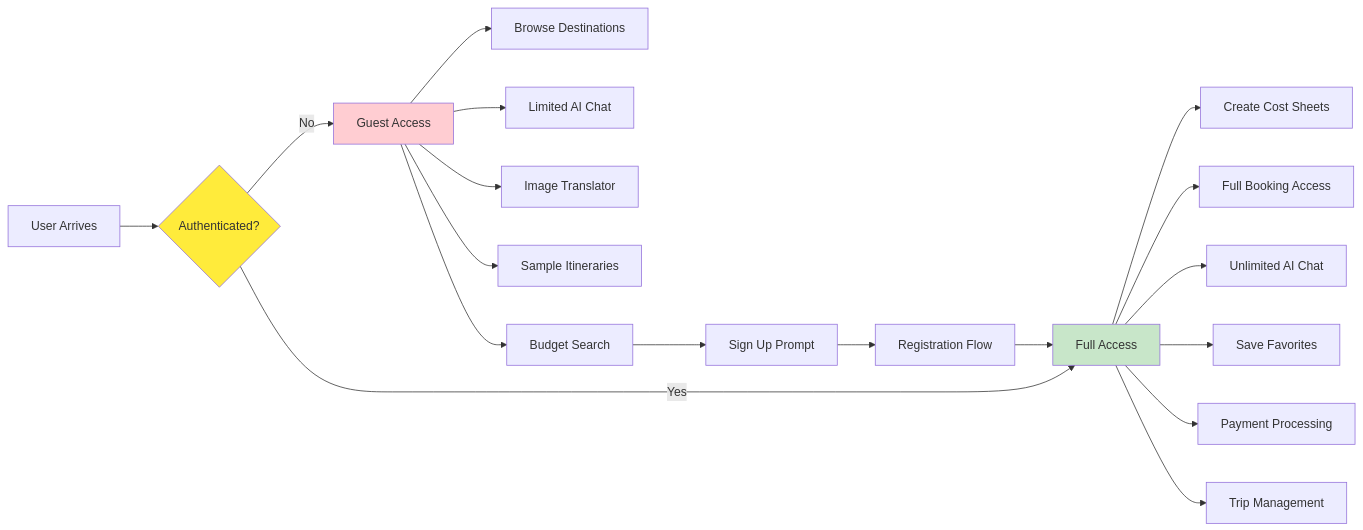
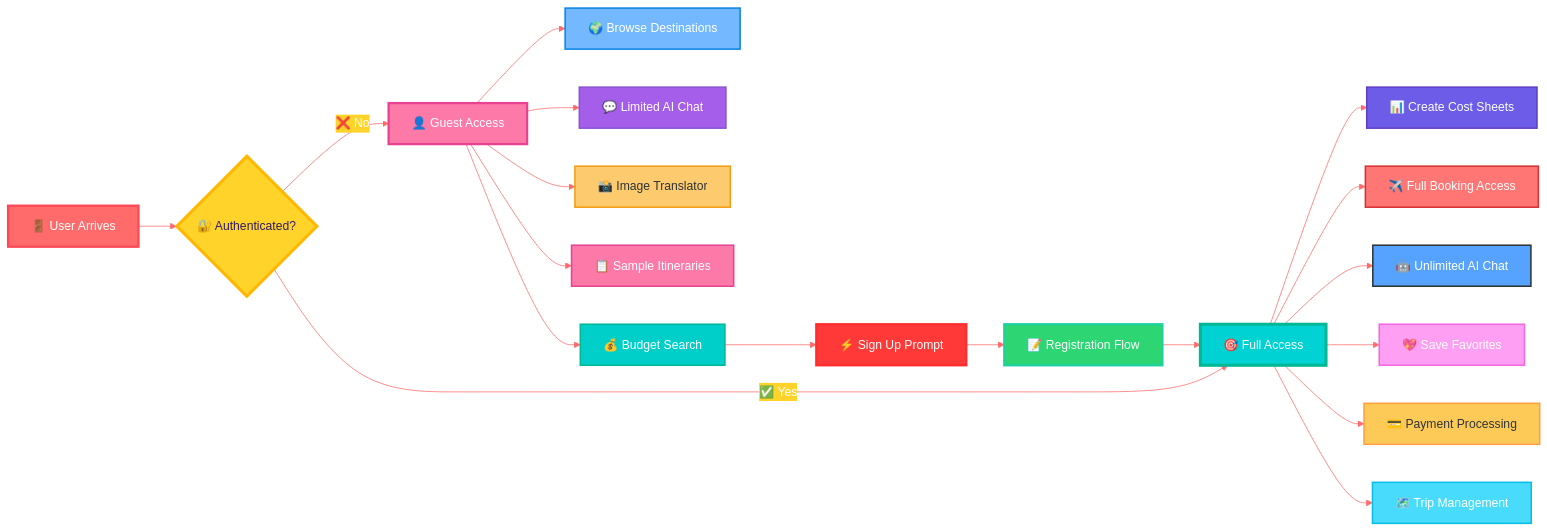
One commit to shihabsararrafid/budget-travel changed the second of 15 diagrams in budget-travel/MERMAID_UI_UX_FLOWS.md. Above: the diagram before and after it, drawn with Mermaid. The commit also changed other lines of this file, not shown here.

Commit message:
Implement feature X to enhance user experience and fix bug Y in module Z

````diff
--- a/budget-travel/MERMAID_UI_UX_FLOWS.md
+++ b/budget-travel/MERMAID_UI_UX_FLOWS.md
@@ -40,27 +53,42 @@
 ```mermaid
+%%{init: {'theme':'base', 'themeVariables': { 'primaryColor': '#00d2d3', 'primaryTextColor': '#fff', 'primaryBorderColor': '#00a085', 'lineColor': '#ff6b6b', 'secondaryColor': '#ffd32a', 'tertiaryColor': '#a55eea'}}}%%
 flowchart LR
-    A[User Arrives] --> B{Authenticated?}
-    B -->|No| C[Guest Access]
-    B -->|Yes| D[Full Access]
+    A["🚪 User Arrives"] --> B{"🔐 Authenticated?"}
+    B -->|"❌ No"| C["👤 Guest Access"]
+    B -->|"✅ Yes"| D["🎯 Full Access"]
     
-    C --> C1[Browse Destinations]
-    C --> C2[Limited AI Chat]
-    C --> C3[Image Translator]
-    C --> C4[Sample Itineraries]
-    C --> C5[Budget Search]
-    C5 --> E[Sign Up Prompt]
+    C --> C1["🌍 Browse Destinations"]
+    C --> C2["💬 Limited AI Chat"]
+    C --> C3["📸 Image Translator"]
+    C --> C4["📋 Sample Itineraries"]
+    C --> C5["💰 Budget Search"]
+    C5 --> E["⚡ Sign Up Prompt"]
     
-    D --> D1[Create Cost Sheets]
-    D --> D2[Full Booking Access]
-    D --> D3[Unlimited AI Chat]
-    D --> D4[Save Favorites]
-    D --> D5[Payment Processing]
-    D --> D6[Trip Management]
+    D --> D1["📊 Create Cost Sheets"]
+    D --> D2["✈️ Full Booking Access"]
+    D --> D3["🤖 Unlimited AI Chat"]
+    D --> D4["💖 Save Favorites"]
+    D --> D5["💳 Payment Processing"]
+    D --> D6["🗺️ Trip Management"]
     
-    E --> F[Registration Flow]
+    E --> F["📝 Registration Flow"]
     F --> D
     
-    style B fill:#ffeb3b
-    style C fill:#ffcdd2
-    style D fill:#c8e6c9
+    style A fill:#ff6b6b,stroke:#ff4757,stroke-width:3px,color:#fff
+    style B fill:#ffd32a,stroke:#ffb700,stroke-width:4px,color:#2f1b69
+    style C fill:#fd79a8,stroke:#e84393,stroke-width:3px,color:#fff
+    style D fill:#00d2d3,stroke:#00b894,stroke-width:4px,color:#fff
+    style C1 fill:#74b9ff,stroke:#0984e3,stroke-width:2px,color:#fff
+    style C2 fill:#a55eea,stroke:#8854d0,stroke-width:2px,color:#fff
+    style C3 fill:#fdcb6e,stroke:#f39c12,stroke-width:2px,color:#2d3436
+    style C4 fill:#fd79a8,stroke:#e84393,stroke-width:2px,color:#fff
+    style C5 fill:#00cec9,stroke:#00b894,stroke-width:2px,color:#fff
+    style D1 fill:#6c5ce7,stroke:#5f3dc4,stroke-width:2px,color:#fff
+    style D2 fill:#ff7675,stroke:#d63031,stroke-width:2px,color:#fff
+    style D3 fill:#55a3ff,stroke:#2d3436,stroke-width:2px,color:#fff
+    style D4 fill:#ff9ff3,stroke:#f368e0,stroke-width:2px,color:#fff
+    style D5 fill:#feca57,stroke:#ff9f43,stroke-width:2px,color:#2d3436
+    style D6 fill:#48dbfb,stroke:#0abde3,stroke-width:2px,color:#fff
+    style E fill:#ff3838,stroke:#ff2d2d,stroke-width:3px,color:#fff
+    style F fill:#2ed573,stroke:#1dd1a1,stroke-width:3px,color:#fff
 ```
````
